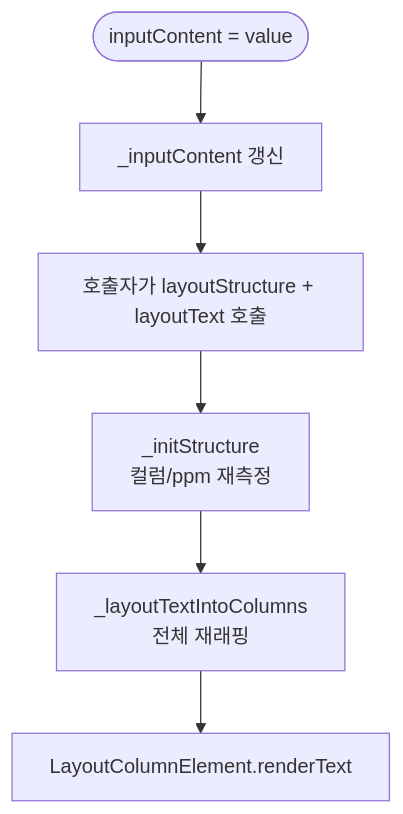
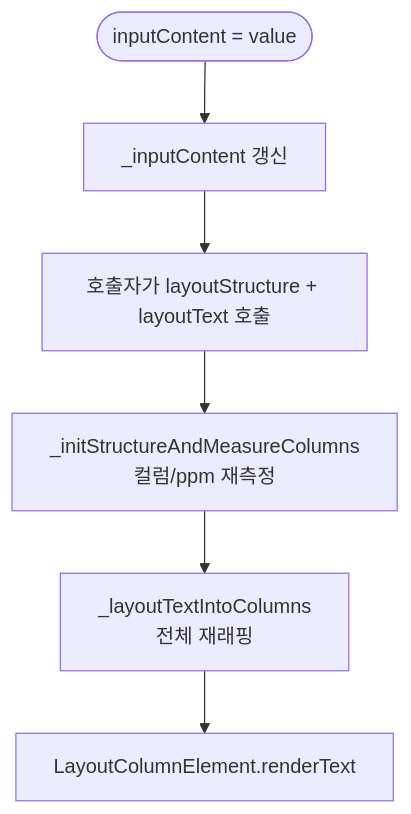
One commit to kyiimn/layout-element changed the third of 5 diagrams in docs/TEXT_ENGINE.md. Above: the diagram before and after it, drawn with Mermaid. The commit also changed other lines of this file and 11 other files, not shown here.

````diff
--- a/docs/TEXT_ENGINE.md
+++ b/docs/TEXT_ENGINE.md
@@ -163,8 +163,8 @@
 ```mermaid
 flowchart TD
     Start([inputContent = value]) --> SetValue[_inputContent 갱신]
     SetValue --> Caller[호출자가 layoutStructure + layoutText 호출]
-    Caller --> InitStruct[_initStructure<br/>컬럼/ppm 재측정]
+    Caller --> InitStruct[_initStructureAndMeasureColumns<br/>컬럼/ppm 재측정]
     InitStruct --> LayoutText[_layoutTextIntoColumns<br/>전체 재래핑]
     LayoutText --> Render[LayoutColumnElement.renderText]
 ```
````
